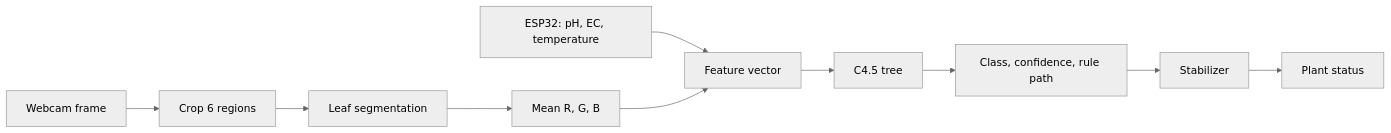
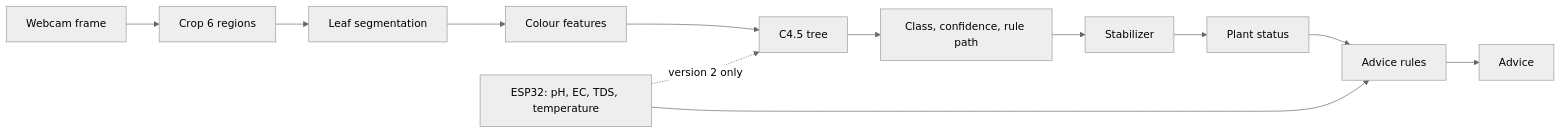
One commit to albaihaqii/nutrify changed the diagram in docs/ML.md. Above: the diagram before and after it, drawn with Mermaid (neutral theme). The commit also changed other lines of this file and 4 other files, not shown here.

````diff
--- a/docs/ML.md
+++ b/docs/ML.md
@@ -28,12 +51,14 @@
 ```mermaid
 flowchart LR
     A[Webcam frame] --> B[Crop 6 regions]
     B --> C[Leaf segmentation]
-    C --> D[Mean R, G, B]
-    E[ESP32: pH, EC, temperature] --> F[Feature vector]
-    D --> F
-    F --> G[C4.5 tree]
+    C --> D[Colour features]
+    D --> G[C4.5 tree]
     G --> H[Class, confidence, rule path]
     H --> I[Stabilizer]
     I --> J[Plant status]
+    E[ESP32: pH, EC, TDS, temperature] --> K[Advice rules]
+    J --> K
+    K --> L[Advice]
+    E -.->|version 2 only| G
 ```
````
